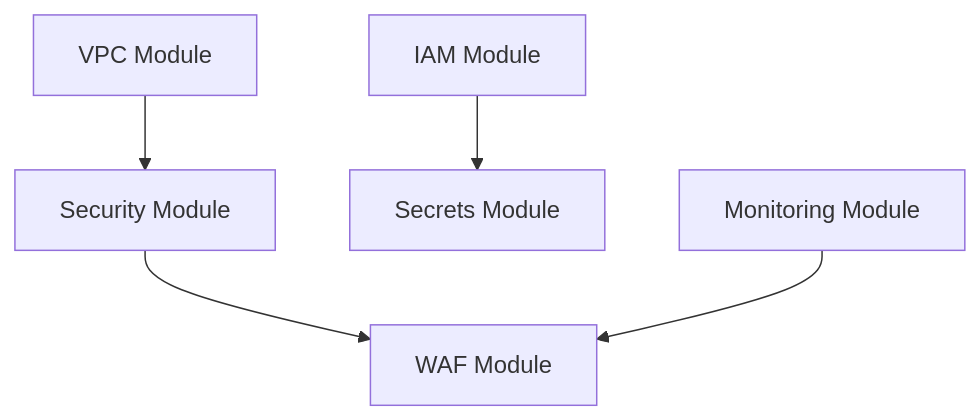
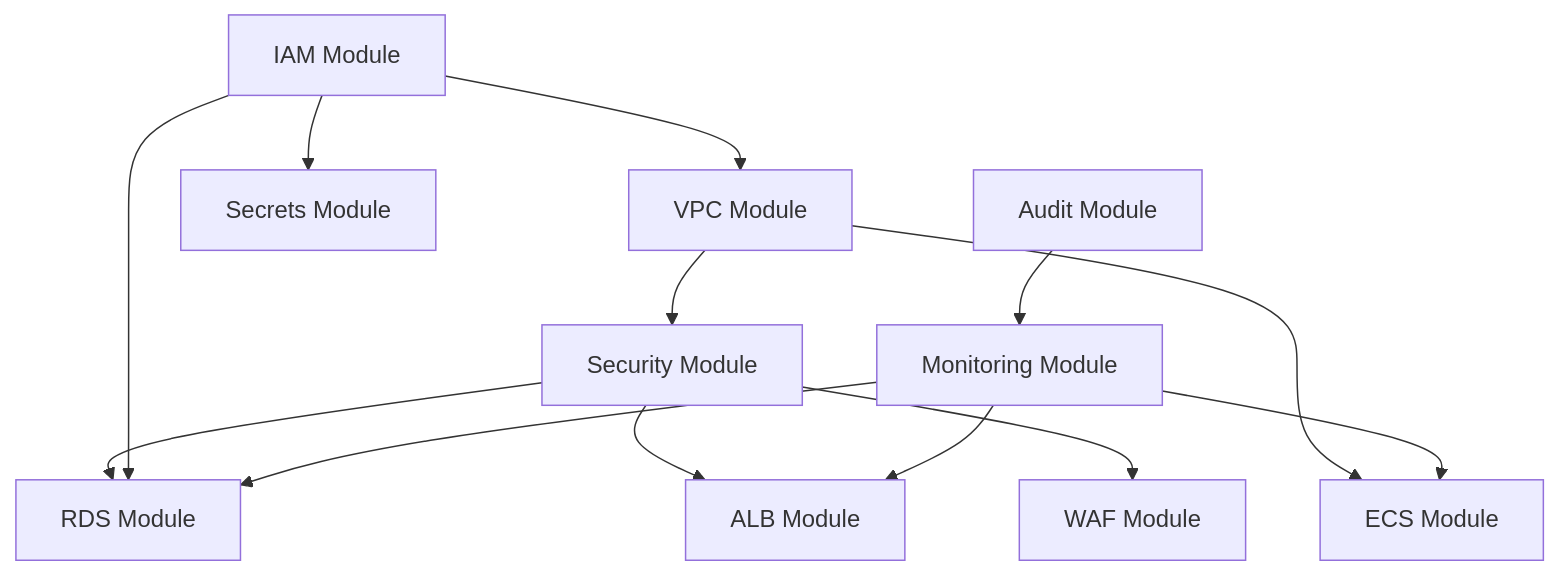
The diagram in terraform/README.md (FomasTreeman/clever-better), drawn with Mermaid before and after one commit. The commit also changed other lines of this file and 37 other files, not shown here.

````diff
--- a/terraform/README.md
+++ b/terraform/README.md
@@ -44,7 +54,15 @@
 ```mermaid
 graph TB
-  VPC[VPC Module] --> SG[Security Module]
+  IAM[IAM Module] --> VPC[VPC Module]
+  VPC --> SG[Security Module]
+  SG --> RDS[RDS Module]
+  SG --> ALB[ALB Module]
+  IAM --> RDS
+  VPC --> ECS[ECS Module]
   SG --> WAF[WAF Module]
-  IAM[IAM Module] --> Secrets[Secrets Module]
-  Monitoring[Monitoring Module] --> WAF
+  IAM --> Secrets[Secrets Module]
+  Monitoring[Monitoring Module] --> RDS
+  Monitoring --> ECS
+  Monitoring --> ALB
+  Audit[Audit Module] --> Monitoring
 ```
````
